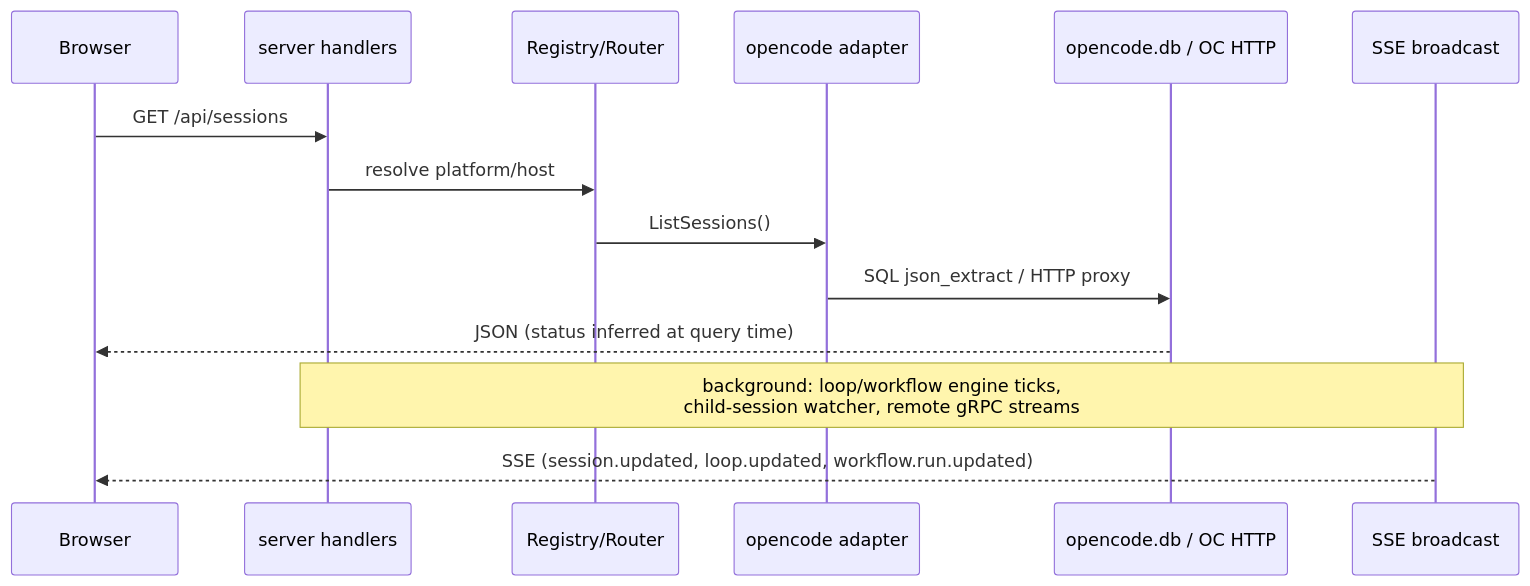
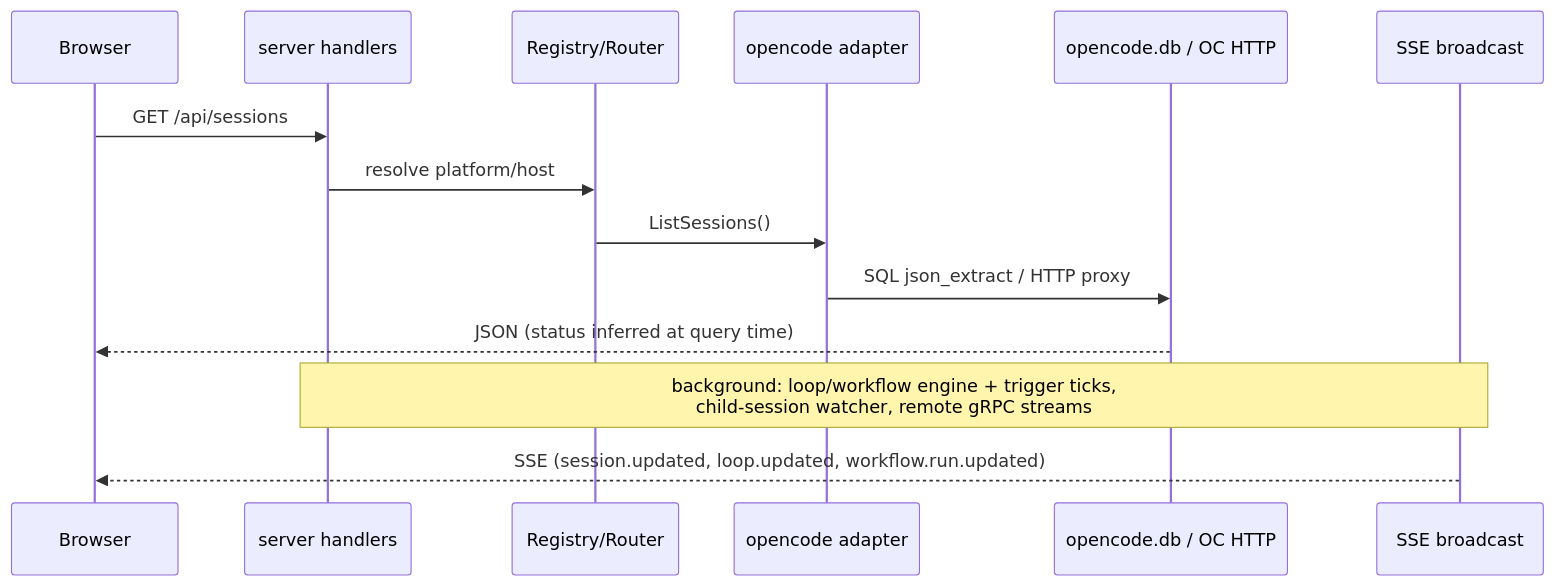
Before and after one commit to ocman/ocman: the third of 4 diagrams in docs/architecture.md, drawn with Mermaid. The commit also changed other lines of this file and 19 other files, not shown here.

First line of the commit message:
feat: trigger immutable workflow runs with overlap policies (#322)

````diff
--- a/docs/architecture.md
+++ b/docs/architecture.md
@@ -95,17 +99,17 @@
 ```mermaid
 sequenceDiagram
     participant B as Browser
     participant S as server handlers
     participant R as Registry/Router
     participant A as opencode adapter
     participant D as opencode.db / OC HTTP
     participant E as SSE broadcast
 
     B->>S: GET /api/sessions
     S->>R: resolve platform/host
     R->>A: ListSessions()
     A->>D: SQL json_extract / HTTP proxy
     D-->>B: JSON (status inferred at query time)
-    Note over S,E: background: loop/workflow engine ticks,<br/>child-session watcher, remote gRPC streams
+    Note over S,E: background: loop/workflow engine + trigger ticks,<br/>child-session watcher, remote gRPC streams
     E-->>B: SSE (session.updated, loop.updated, workflow.run.updated)
 ```
````
